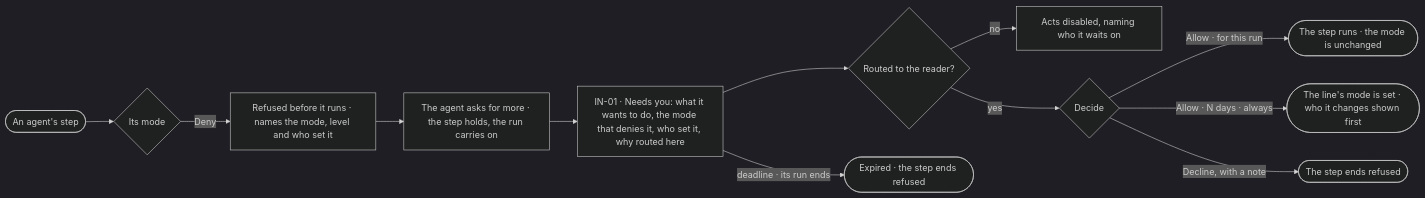
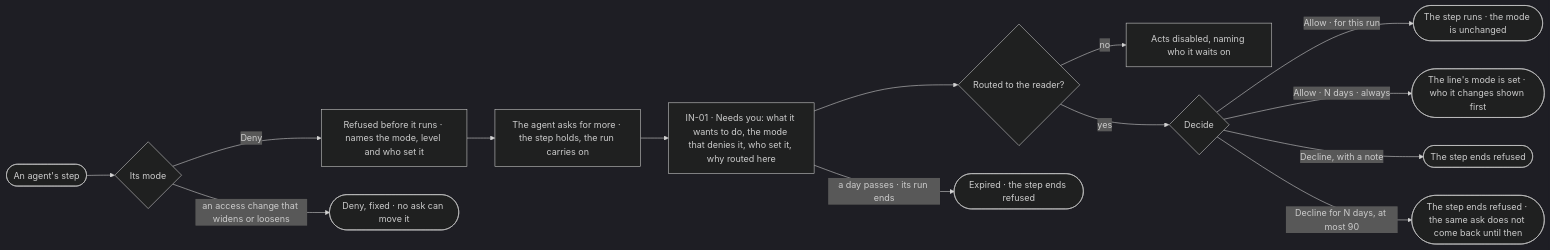
One commit to invana/invana changed the diagram in specs/products/settings/features/ST-F02-people-and-access/stories/ST-31-a-blocked-agent-asks-for-more/story.md. Above: the diagram before and after it, drawn with Mermaid (dark theme). The commit also changed other lines of this file and 28 other files, not shown here.

First line of the commit message:
docs: one access model — Deny · Ask · Allow for people, agents and keys

````diff
--- a/specs/products/settings/features/ST-F02-people-and-access/stories/ST-31-a-blocked-agent-asks-for-more/story.md
+++ b/specs/products/settings/features/ST-F02-people-and-access/stories/ST-31-a-blocked-agent-asks-for-more/story.md
@@ -27,14 +27,16 @@
 ```mermaid
 flowchart LR
   s([An agent's step]) --> b{"Its mode"}
   b -->|Deny| r["Refused before it runs · names the mode, level and who set it"]
   r --> a["The agent asks for more · the step holds, the run carries on"]
   a --> n["IN-01 · Needs you: what it wants to do, the mode that denies it, who set it, why routed here"]
   n --> w{"Routed to the reader?"}
   w -->|no| ro["Acts disabled, naming who it waits on"]
   w -->|yes| d{"Decide"}
   d -->|Allow · for this run| go(["The step runs · the mode is unchanged"])
   d -->|Allow · N days · always| line(["The line's mode is set · who it changes shown first"])
   d -->|Decline, with a note| no(["The step ends refused"])
-  n -->|deadline · its run ends| ex(["Expired · the step ends refused"])
+  d -->|Decline for N days, at most 90| nd(["The step ends refused · the same ask does not come back until then"])
+  n -->|a day passes · its run ends| ex(["Expired · the step ends refused"])
+  b -->|an access change that widens or loosens| fx(["Deny, fixed · no ask can move it"])
 ```
````
